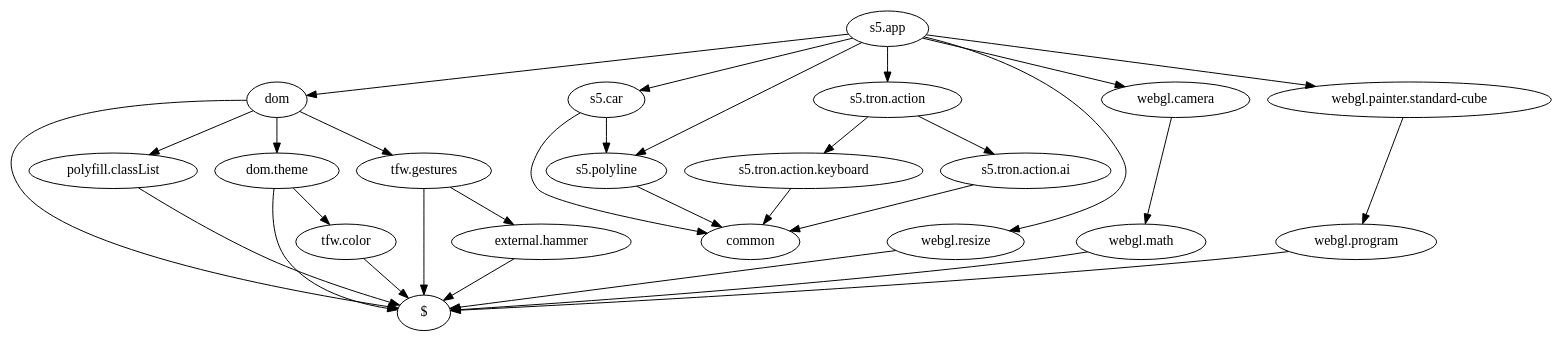
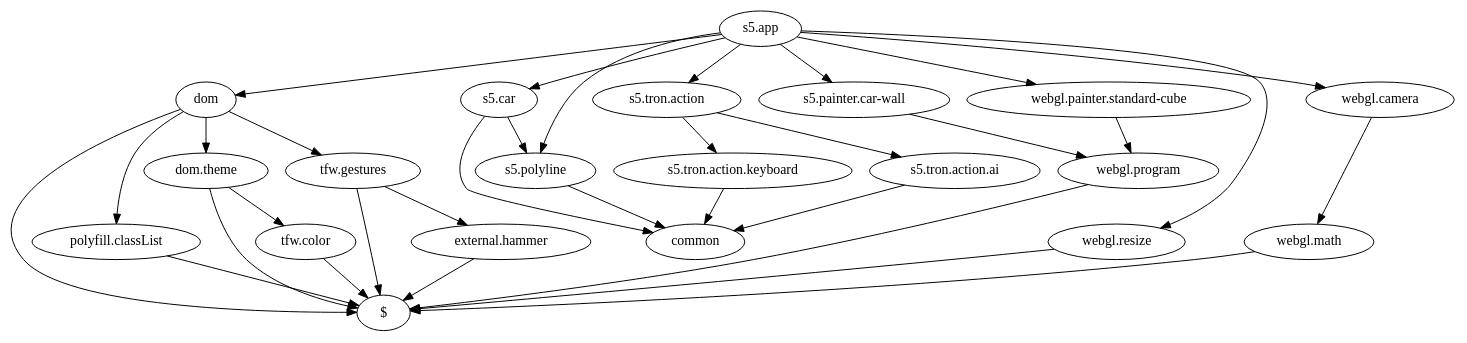
Before and after one commit to tolokoban/game-tron: the diagram in doc/s5.html.dot, drawn with Graphviz. The commit also changed 16 other files, not shown here.

```diff
--- a/doc/s5.html.dot
+++ b/doc/s5.html.dot
@@ -1,46 +1,49 @@
 digraph dependencies {
     "s5.app" -> "dom"
 
     "s5.app" -> "s5.car"
 
     "s5.app" -> "s5.tron.action"
 
     "s5.app" -> "s5.polyline"
+
+    "s5.app" -> "s5.painter.car-wall"
 
     "s5.app" -> "webgl.resize"
 
     "s5.app" -> "webgl.camera"
 
     "s5.app" -> "webgl.painter.standard-cube"
     "webgl.painter.standard-cube" -> "webgl.program"
     "webgl.program" -> "$"
     "webgl.camera" -> "webgl.math"
     "webgl.math" -> "$"
     "webgl.resize" -> "$"
+    "s5.painter.car-wall" -> "webgl.program"
     "s5.polyline" -> "common"
     "s5.tron.action" -> "s5.tron.action.keyboard"
 
     "s5.tron.action" -> "s5.tron.action.ai"
     "s5.tron.action.ai" -> "common"
     "s5.tron.action.keyboard" -> "common"
     "s5.car" -> "s5.polyline"
 
     "s5.car" -> "common"
     "dom" -> "$"
 
     "dom" -> "polyfill.classList"
 
     "dom" -> "dom.theme"
 
     "dom" -> "tfw.gestures"
     "tfw.gestures" -> "$"
 
     "tfw.gestures" -> "external.hammer"
     "external.hammer" -> "$"
     "dom.theme" -> "$"
 
     "dom.theme" -> "tfw.color"
     "tfw.color" -> "$"
     "polyfill.classList" -> "$"
 
 }
```
